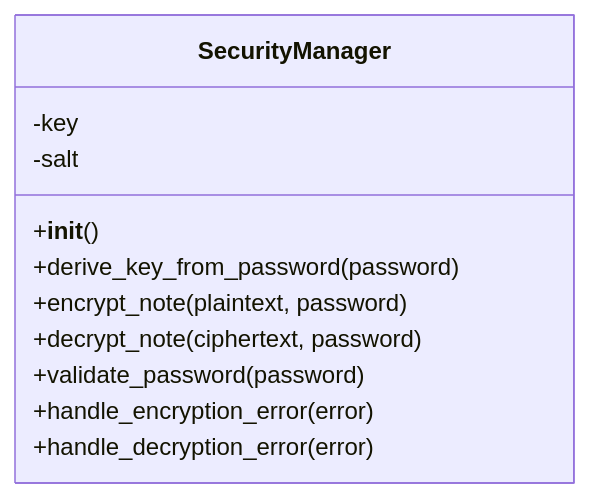
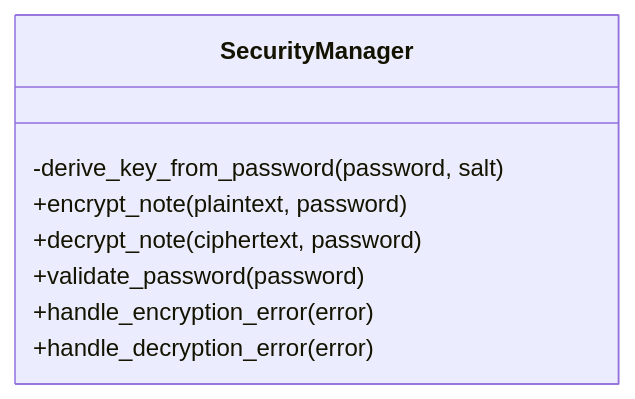
One commit to t-drape/SE300_Secure_Notes_App changed the diagram in LLD_Diagrams/SecurityManagerClassDiagram.md. Above: the diagram before and after it, drawn with Mermaid.

Commit message:
Update SecurityManagerClassDiagram.md
refactor security manager to to remove attributes and convert to a stateless utility class.

````diff
--- a/LLD_Diagrams/SecurityManagerClassDiagram.md
+++ b/LLD_Diagrams/SecurityManagerClassDiagram.md
@@ -1,14 +1,11 @@
 ```mermaid
 classDiagram
     class SecurityManager {
-        -key
-        -salt
-        +__init__()
-        +derive_key_from_password(password)
+        -derive_key_from_password(password, salt)
         +encrypt_note(plaintext, password)
         +decrypt_note(ciphertext, password)
         +validate_password(password)
         +handle_encryption_error(error)
         +handle_decryption_error(error)
     }
 ```
````
